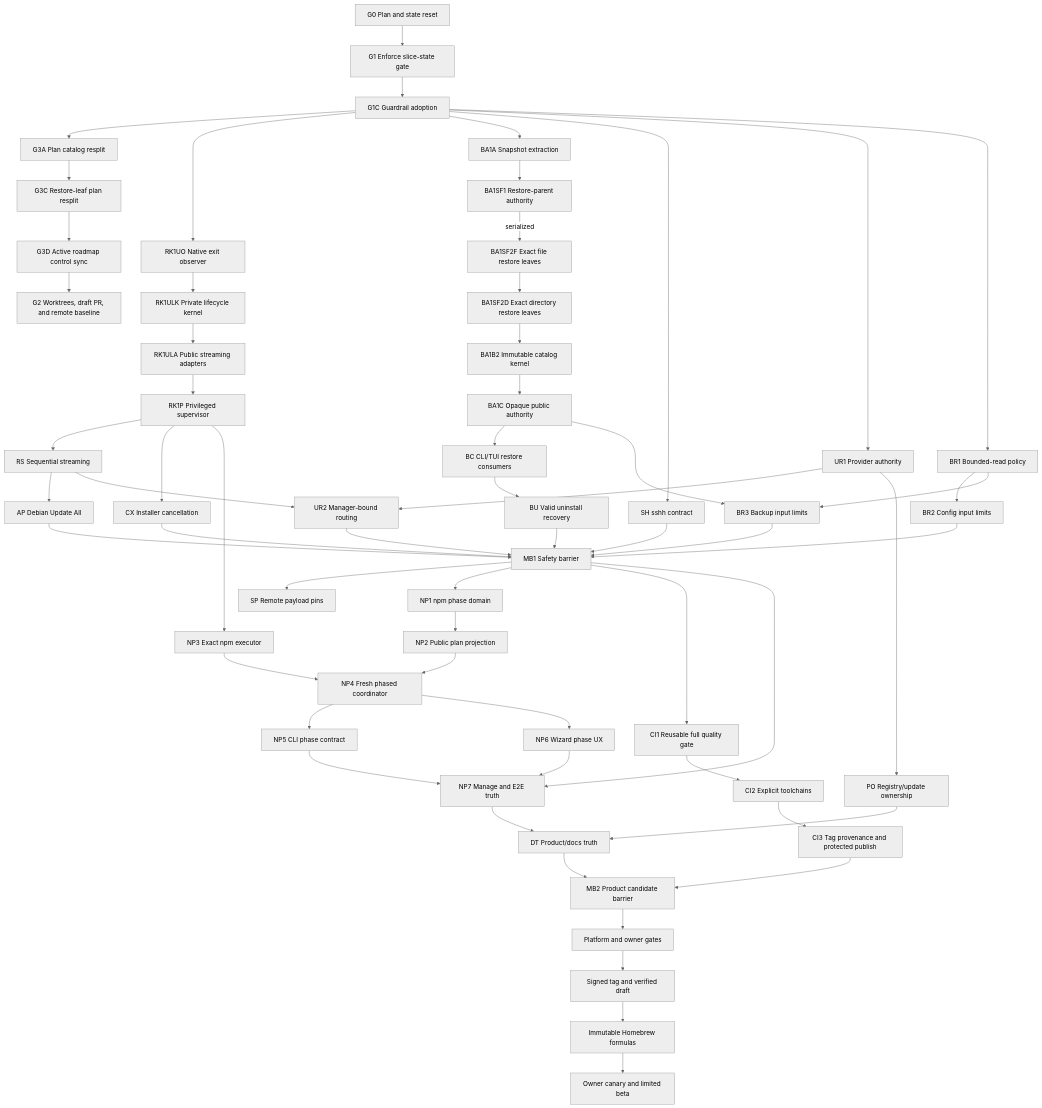
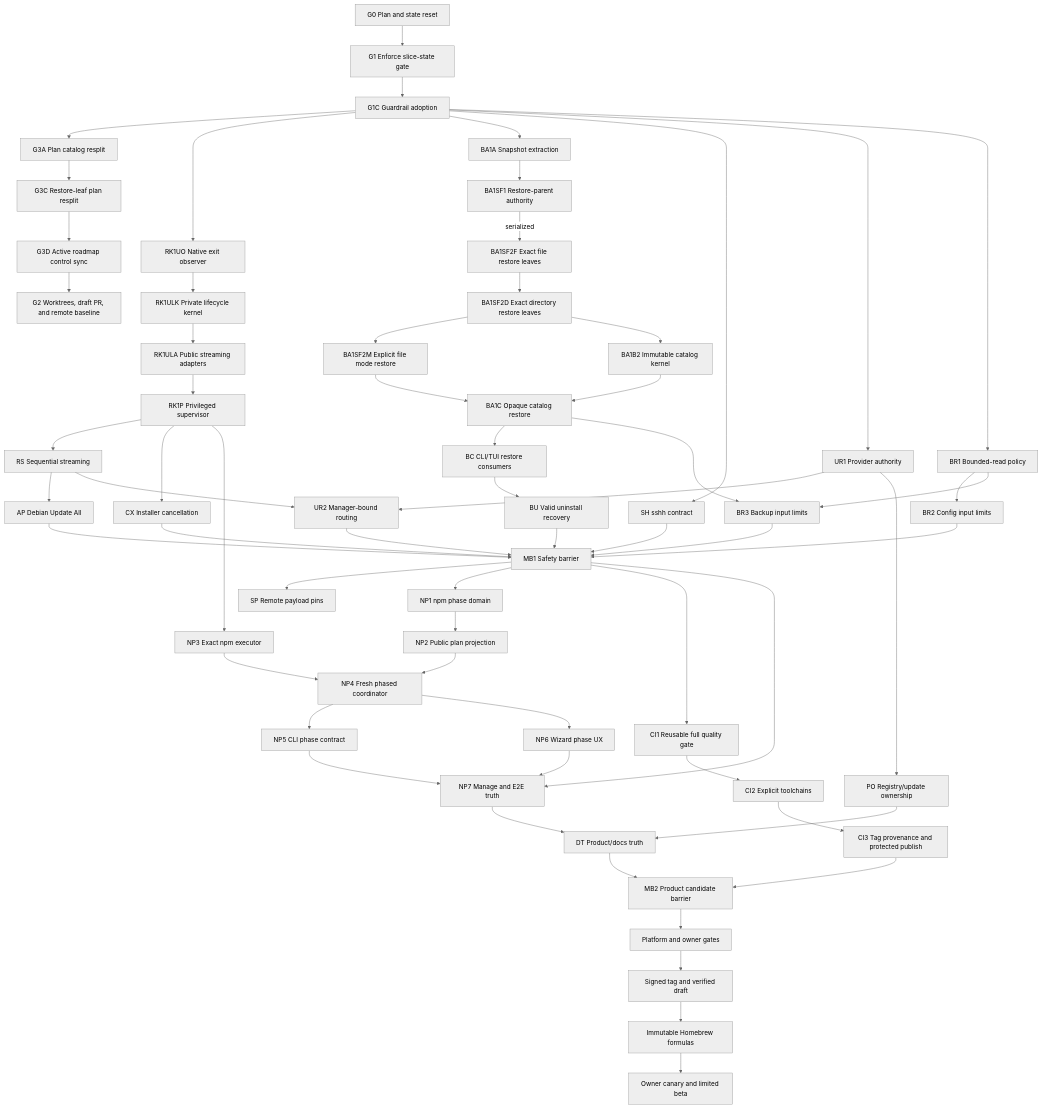
Before and after one commit to tekierz/dotfiles: the diagram in tasks/implementation-release-plan-2026-07-13.md, drawn with Mermaid (neutral theme). The commit also changed other lines of this file, not shown here.

Commit message:
Stable - update release plan mode accounting

```diff
--- a/tasks/implementation-release-plan-2026-07-13.md
+++ b/tasks/implementation-release-plan-2026-07-13.md
@@ -97,62 +97,65 @@
 ~~~mermaid
 flowchart TD
   G0["G0 Plan and state reset"] --> G1["G1 Enforce slice-state gate"]
   G1 --> G1C["G1C Guardrail adoption"]
   G1C --> G3A["G3A Plan catalog resplit"]
   G3A --> G3C["G3C Restore-leaf plan resplit"]
   G3C --> G3D["G3D Active roadmap control sync"]
   G3D --> G2["G2 Worktrees, draft PR, and remote baseline"]
   G1C --> RK1UO["RK1UO Native exit observer"]
   RK1UO --> RK1ULK["RK1ULK Private lifecycle kernel"]
   RK1ULK --> RK1ULA["RK1ULA Public streaming adapters"]
   RK1ULA --> RK1P["RK1P Privileged supervisor"]
   G1C --> BA1A["BA1A Snapshot extraction"]
   BA1A --> BA1SF1["BA1SF1 Restore-parent authority"]
   BA1SF1 -->|serialized| BA1SF2F["BA1SF2F Exact file restore leaves"]
   BA1SF2F --> BA1SF2D["BA1SF2D Exact directory restore leaves"]
+  BA1SF2D --> BA1SF2M["BA1SF2M Explicit file mode restore"]
   BA1SF2D --> BA1B2["BA1B2 Immutable catalog kernel"]
-  BA1B2 --> BA1C["BA1C Opaque public authority"]
+  BA1C["BA1C Opaque catalog restore"]
+  BA1SF2M --> BA1C
+  BA1B2 --> BA1C
   G1C --> SH["SH sshh contract"]
   RK1P --> RS["RS Sequential streaming"]
   RS --> AP["AP Debian Update All"]
   G1C --> UR1["UR1 Provider authority"]
   UR1 --> UR2["UR2 Manager-bound routing"]
   RS --> UR2
   BA1C --> BC["BC CLI/TUI restore consumers"]
   BC --> BU["BU Valid uninstall recovery"]
   RK1P --> CX["CX Installer cancellation"]
   G1C --> BR1["BR1 Bounded-read policy"]
   BR1 --> BR2["BR2 Config input limits"]
   BR1 --> BR3["BR3 Backup input limits"]
   BA1C --> BR3
   MB1 --> SP["SP Remote payload pins"]
   MB1 --> NP1["NP1 npm phase domain"]
   NP1 --> NP2["NP2 Public plan projection"]
   RK1P --> NP3["NP3 Exact npm executor"]
   NP2 --> NP4["NP4 Fresh phased coordinator"]
   NP3 --> NP4
   NP4 --> NP5["NP5 CLI phase contract"]
   NP4 --> NP6["NP6 Wizard phase UX"]
   NP5 --> NP7["NP7 Manage and E2E truth"]
   NP6 --> NP7
   UR1 --> PO["PO Registry/update ownership"]
   NP7 --> DT["DT Product/docs truth"]
   PO --> DT
   MB1 --> CI1["CI1 Reusable full quality gate"]
   CI1 --> CI2["CI2 Explicit toolchains"]
   CI2 --> CI3["CI3 Tag provenance and protected publish"]
   AP --> MB1["MB1 Safety barrier"]
   UR2 --> MB1
   BU --> MB1
   SH --> MB1
   CX --> MB1
   BR2 --> MB1
   BR3 --> MB1
   MB1 --> NP7
   DT --> MB2["MB2 Product candidate barrier"]
   CI3 --> MB2
   MB2 --> QA["Platform and owner gates"]
   QA --> TAG["Signed tag and verified draft"]
   TAG --> TAP["Immutable Homebrew formulas"]
   TAP --> CANARY["Owner canary and limited beta"]
 ~~~
```
